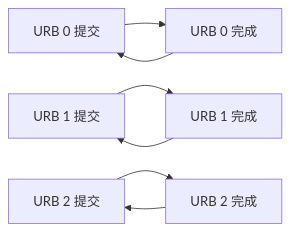
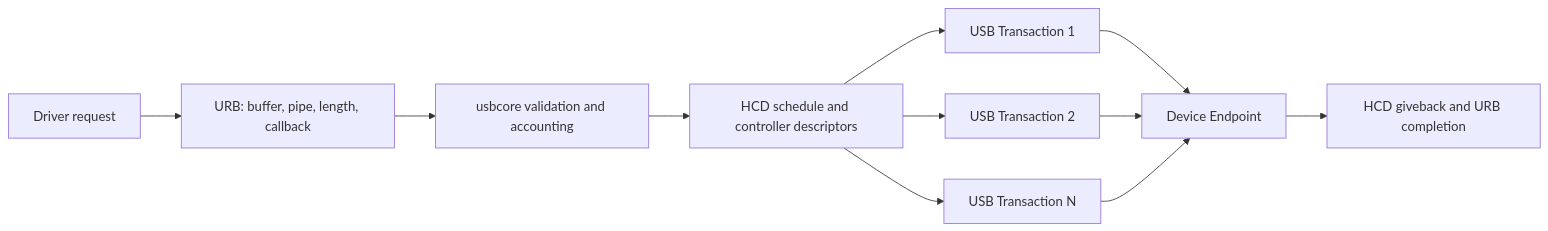
The first of 3 diagrams in docs/articles/usb/usb-04-urb-and-data-transfer.md (cdragon-ljl/EEandEdgeAI), drawn with Mermaid before and after one commit. The commit also changed other lines of this file and 2 other files, not shown here.

Commit message:
docs: rebuild USB transfer and Gadget guides

````diff
--- a/docs/articles/usb/usb-04-urb-and-data-transfer.md
+++ b/docs/articles/usb/usb-04-urb-and-data-transfer.md
@@ -452,9 +22,13 @@
 ```mermaid
 flowchart LR
-    A[URB 0 提交] --> B[URB 0 完成]
-    C[URB 1 提交] --> D[URB 1 完成]
-    E[URB 2 提交] --> F[URB 2 完成]
-    B --> A
-    D --> C
-    F --> E
+    APP[Driver request] --> URB[URB: buffer, pipe, length, callback]
+    URB --> CORE[usbcore validation and accounting]
+    CORE --> HCD[HCD schedule and controller descriptors]
+    HCD --> T1[USB Transaction 1]
+    HCD --> T2[USB Transaction 2]
+    HCD --> TN[USB Transaction N]
+    T1 --> EP[Device Endpoint]
+    T2 --> EP
+    TN --> EP
+    EP --> DONE[HCD giveback and URB completion]
 ```
````
